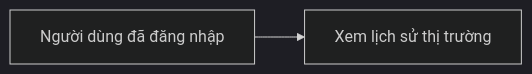
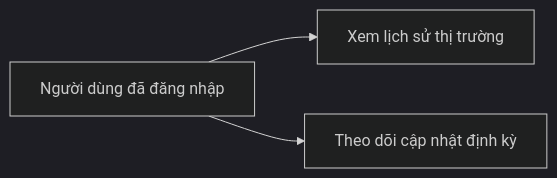
The first of 3 diagrams in docs/UCs/market-data.md (BuhDuy256/crypto-force), drawn with Mermaid (dark theme) before and after one commit. The commit also changed other lines of this file and 10 other files, not shown here.

````diff
--- a/docs/UCs/market-data.md
+++ b/docs/UCs/market-data.md
@@ -15,4 +15,5 @@
 ```mermaid
 flowchart LR
     U[Người dùng đã đăng nhập] --> V[Xem lịch sử thị trường]
+    U --> P[Theo dõi cập nhật định kỳ]
 ```
````
